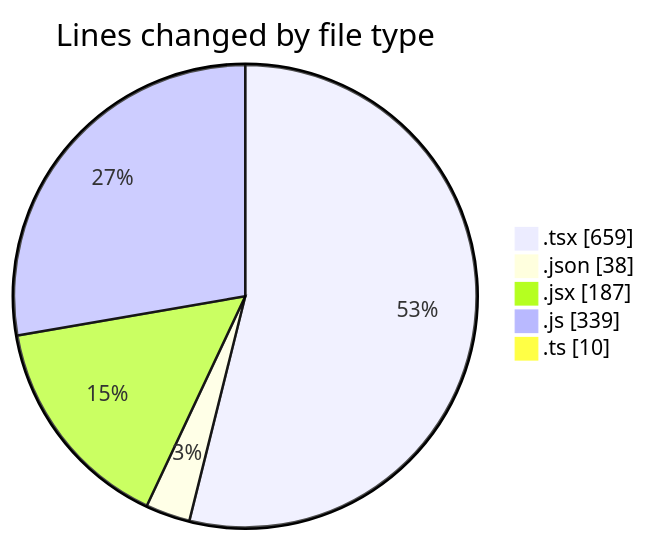
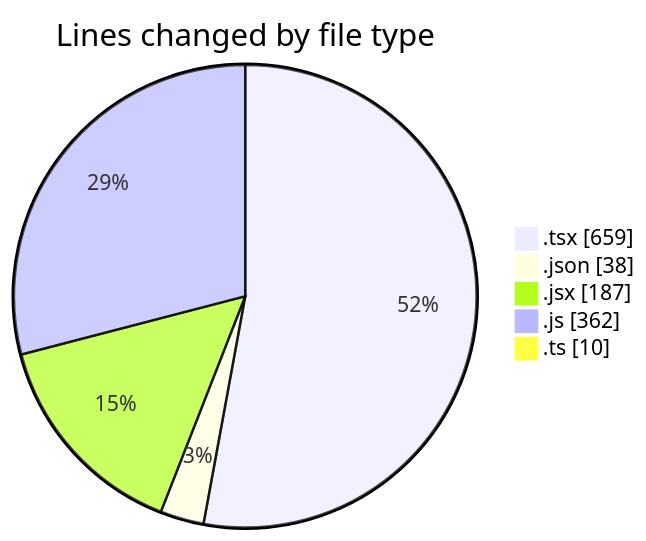
One commit to Elitesun/code-tracking changed the first of 2 diagrams in 2025-05-27/ecom_store/README.md. Above: the diagram before and after it, drawn with Mermaid. The commit also changed other lines of this file and 1 other file, not shown here.

````diff
--- a/2025-05-27/ecom_store/README.md
+++ b/2025-05-27/ecom_store/README.md
@@ -32,9 +32,9 @@
 ```mermaid
 pie showData
 title Lines changed by file type
 ".tsx" : 659
 ".json" : 38
 ".jsx" : 187
-".js" : 339
+".js" : 362
 ".ts" : 10
 ```
````
